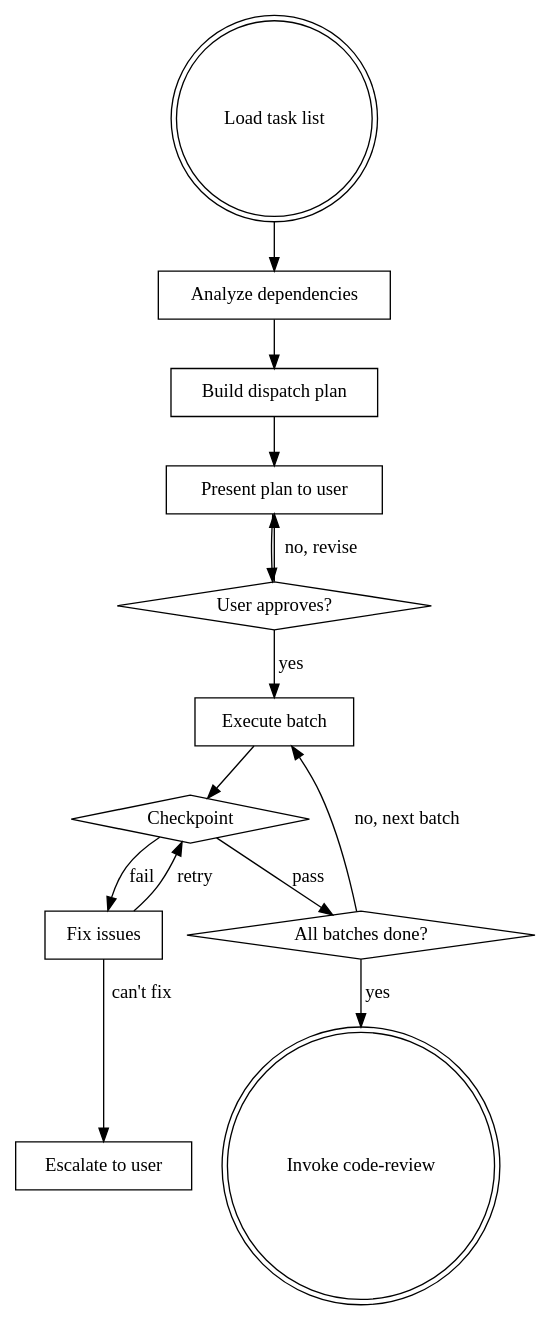
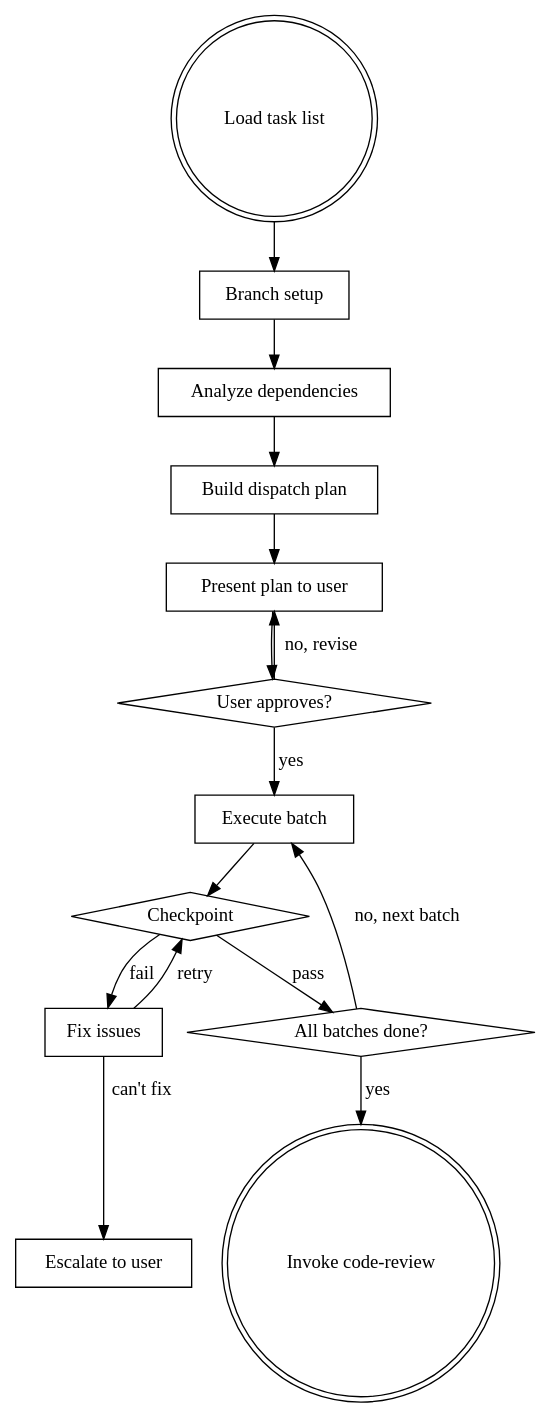
Before and after one commit to VijayPatil14121988/vj_plugins: the diagram in plugins/siddhi/skills/implementation/SKILL.md, drawn with Graphviz. The commit also changed other lines of this file, not shown here.

Commit message:
fix: branch setup must happen before implementation, not after code review

````diff
--- a/plugins/siddhi/skills/implementation/SKILL.md
+++ b/plugins/siddhi/skills/implementation/SKILL.md
@@ -18,29 +18,31 @@
 ```dot
 digraph implementation {
     "Load task list" [shape=doublecircle];
+    "Branch setup" [shape=box];
     "Analyze dependencies" [shape=box];
     "Build dispatch plan" [shape=box];
     "Present plan to user" [shape=box];
     "User approves?" [shape=diamond];
     "Execute batch" [shape=box];
     "Checkpoint" [shape=diamond];
     "All batches done?" [shape=diamond];
     "Invoke code-review" [shape=doublecircle];
     "Fix issues" [shape=box];
     "Escalate to user" [shape=box];
 
-    "Load task list" -> "Analyze dependencies";
+    "Load task list" -> "Branch setup";
+    "Branch setup" -> "Analyze dependencies";
     "Analyze dependencies" -> "Build dispatch plan";
     "Build dispatch plan" -> "Present plan to user";
     "Present plan to user" -> "User approves?";
     "User approves?" -> "Present plan to user" [label="no, revise"];
     "User approves?" -> "Execute batch" [label="yes"];
     "Execute batch" -> "Checkpoint";
     "Checkpoint" -> "All batches done?" [label="pass"];
     "Checkpoint" -> "Fix issues" [label="fail"];
     "Fix issues" -> "Checkpoint" [label="retry"];
     "Fix issues" -> "Escalate to user" [label="can't fix"];
     "All batches done?" -> "Execute batch" [label="no, next batch"];
     "All batches done?" -> "Invoke code-review" [label="yes"];
 }
 ```
````
